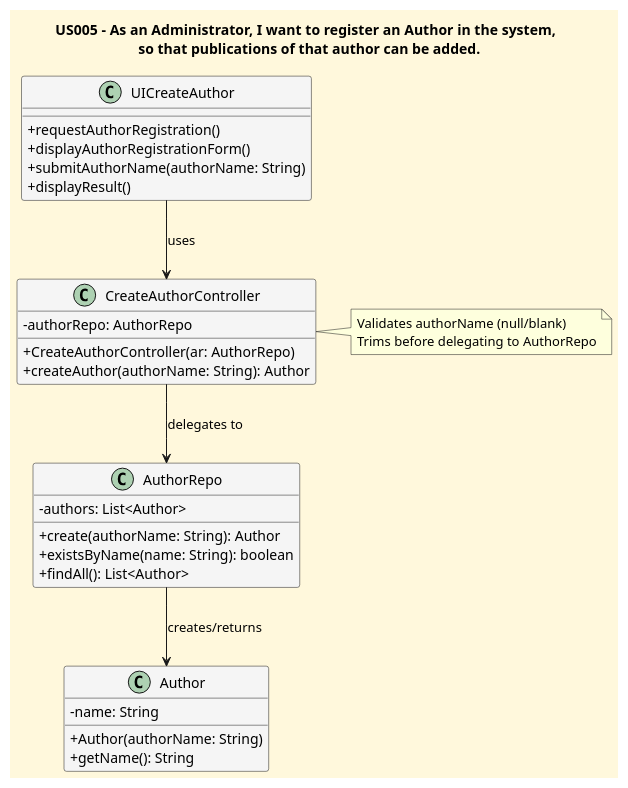
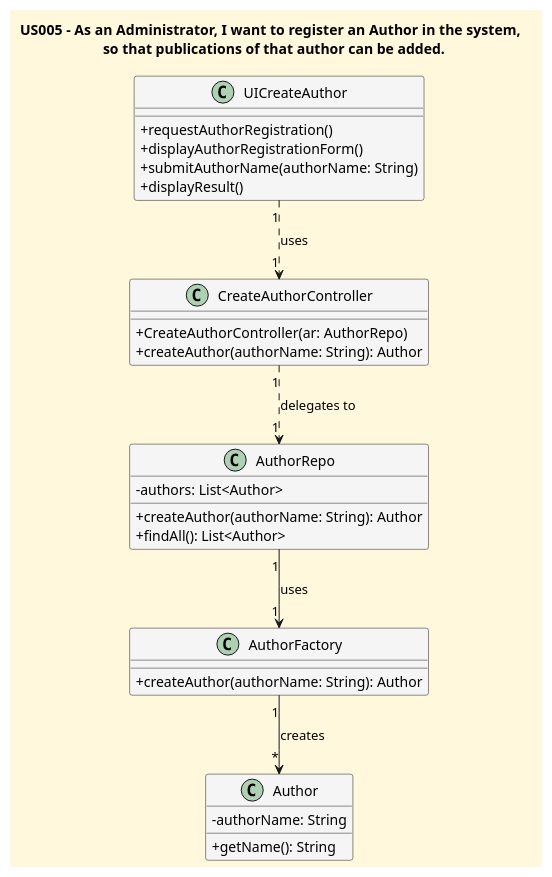
One commit to CarolinaLeite-collab/JavaMarketplacePlatform changed the diagram in docs/userStories/US005/US005_to_register_an_author_CD.puml. Above: the diagram before and after it, drawn with PlantUML. The commit also changed 2 other files, not shown here.

Commit message:
Refs #316: Updates US005 sequence and class diagrams

```diff
--- a/docs/userStories/US005/US005_to_register_an_author_CD.puml
+++ b/docs/userStories/US005/US005_to_register_an_author_CD.puml
@@ -1,47 +1,50 @@
 @startuml
 title US005 - As an Administrator, I want to register an Author in the system, \n so that publications of that author can be added.
 
 skinparam monochrome false
 skinparam shadowing false
 skinparam defaultFontName Futura
 skinparam backgroundColor CornSilk
 skinparam classBackgroundColor WhiteSmoke
 skinparam classAttributeIconSize 0
 
 
 class UICreateAuthor {
   +requestAuthorRegistration()
   +displayAuthorRegistrationForm()
   +submitAuthorName(authorName: String)
   +displayResult()
 }
 
 class CreateAuthorController {
-  -authorRepo: AuthorRepo
   +CreateAuthorController(ar: AuthorRepo)
   +createAuthor(authorName: String): Author
 }
 
-note right of CreateAuthorController
+/'note right of CreateAuthorController
 Validates authorName (null/blank)
 Trims before delegating to AuthorRepo
-end note
+end note'/
 
 class AuthorRepo {
   -authors: List<Author>
-  +create(authorName: String): Author
-  +existsByName(name: String): boolean
+  +createAuthor(authorName: String): Author
+/'  +existsByName(name: String): boolean'/
   +findAll(): List<Author>
 }
 
+class AuthorFactory {
+  +createAuthor(authorName: String): Author
+}
+
 class Author {
-  -name: String
-  +Author(authorName: String)
+  -authorName: String
   +getName(): String
 }
 
-UICreateAuthor --> CreateAuthorController : uses
-CreateAuthorController --> AuthorRepo : delegates to
-AuthorRepo --> Author : creates/returns
+UICreateAuthor "1"..>"1" CreateAuthorController : uses
+CreateAuthorController "1"..> "1" AuthorRepo : delegates to
+AuthorRepo "1" --> "1" AuthorFactory : uses
+AuthorFactory "1"-->"*" Author : creates
 
 @enduml
```
